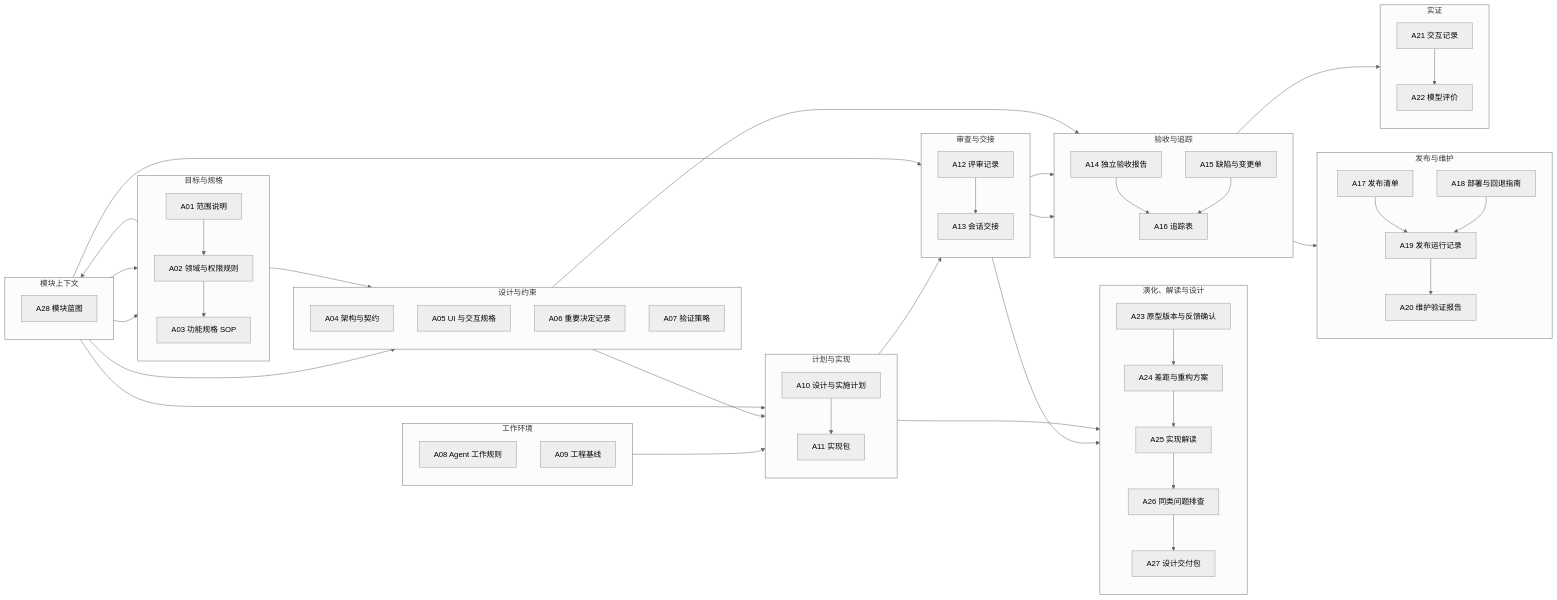
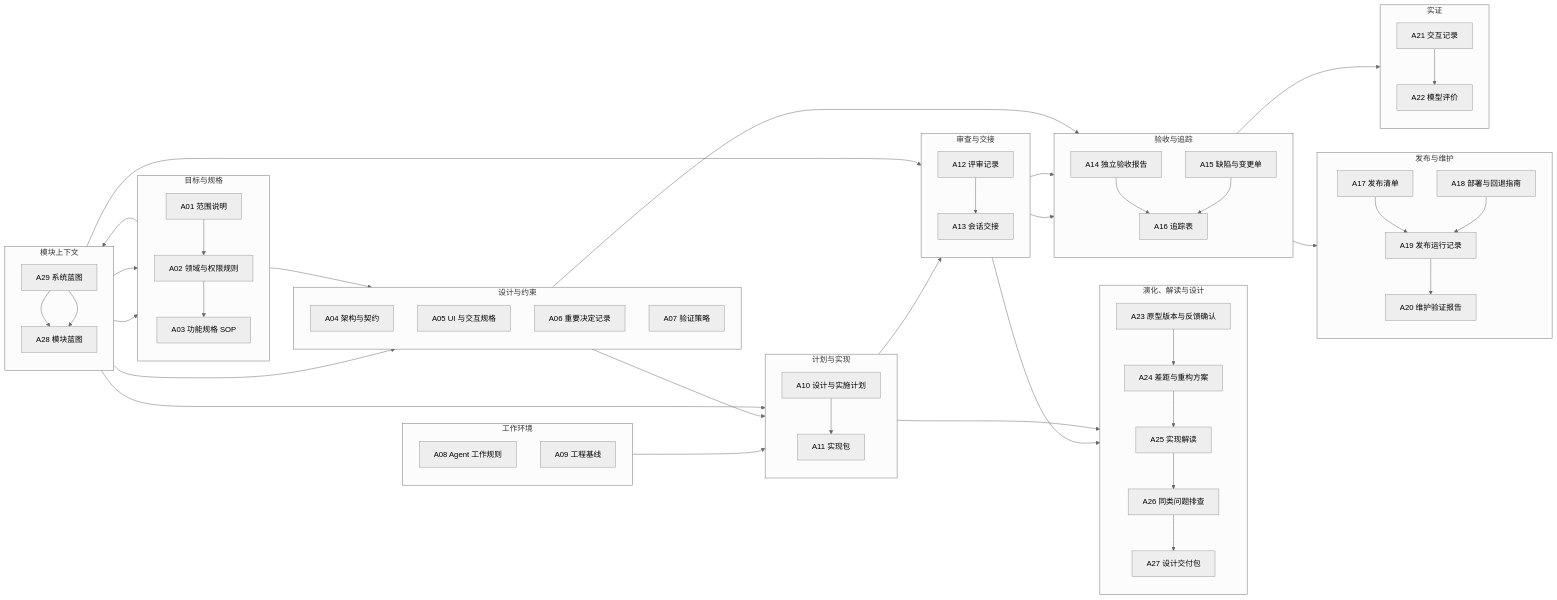
One commit to 58greenwhale/AI-Driven-Software-Engineering changed the diagram in model/diagrams/artifacts.mmd. Above: the diagram before and after it, drawn with Mermaid (neutral theme). The commit also changed 20 other files, not shown here.

```diff
--- a/model/diagrams/artifacts.mmd
+++ b/model/diagrams/artifacts.mmd
@@ -1,90 +1,93 @@
 flowchart LR
   subgraph G1["目标与规格"]
     direction TB
     A01["A01 范围说明"]
     A02["A02 领域与权限规则"]
     A03["A03 功能规格 SOP"]
     A01 --> A02
     A02 --> A03
   end
   subgraph G10["模块上下文"]
     direction TB
+    A29["A29 系统蓝图"]
     A28["A28 模块蓝图"]
+    A29 --> A28
   end
   subgraph G2["设计与约束"]
     direction TB
     A04["A04 架构与契约"]
     A05["A05 UI 与交互规格"]
     A06["A06 重要决定记录"]
     A07["A07 验证策略"]
   end
   subgraph G3["工作环境"]
     direction TB
     A08["A08 Agent 工作规则"]
     A09["A09 工程基线"]
   end
   subgraph G4["计划与实现"]
     direction TB
     A10["A10 设计与实施计划"]
     A11["A11 实现包"]
     A10 --> A11
   end
   subgraph G5["审查与交接"]
     direction TB
     A12["A12 评审记录"]
     A13["A13 会话交接"]
     A12 --> A13
   end
   subgraph G9["演化、解读与设计"]
     direction TB
     A23["A23 原型版本与反馈确认"]
     A24["A24 差距与重构方案"]
     A25["A25 实现解读"]
     A26["A26 同类问题排查"]
     A27["A27 设计交付包"]
     A23 --> A24
     A24 --> A25
     A25 --> A26
     A26 --> A27
   end
   subgraph G6["验收与追踪"]
     direction TB
     A14["A14 独立验收报告"]
     A15["A15 缺陷与变更单"]
     A16["A16 追踪表"]
     A14 --> A16
     A15 --> A16
   end
   subgraph G7["发布与维护"]
     direction TB
     A17["A17 发布清单"]
     A18["A18 部署与回退指南"]
     A19["A19 发布运行记录"]
     A20["A20 维护验证报告"]
     A17 --> A19
     A18 --> A19
     A19 --> A20
   end
   subgraph G8["实证"]
     direction TB
     A21["A21 交互记录"]
     A22["A22 模型评价"]
     A21 --> A22
   end
   A03 --> A04
-  A01 --> A28
+  A01 --> A29
+  A29 --> A28
   A28 --> A02
   A28 --> A03
   A28 --> A04
   A28 --> A10
   A28 --> A13
   A04 --> A10
   A08 --> A10
   A07 --> A14
   A11 --> A12
   A11 --> A23
   A12 --> A25
   A12 --> A14
   A12 --> A16
   A14 --> A17
   A14 --> A21
```
